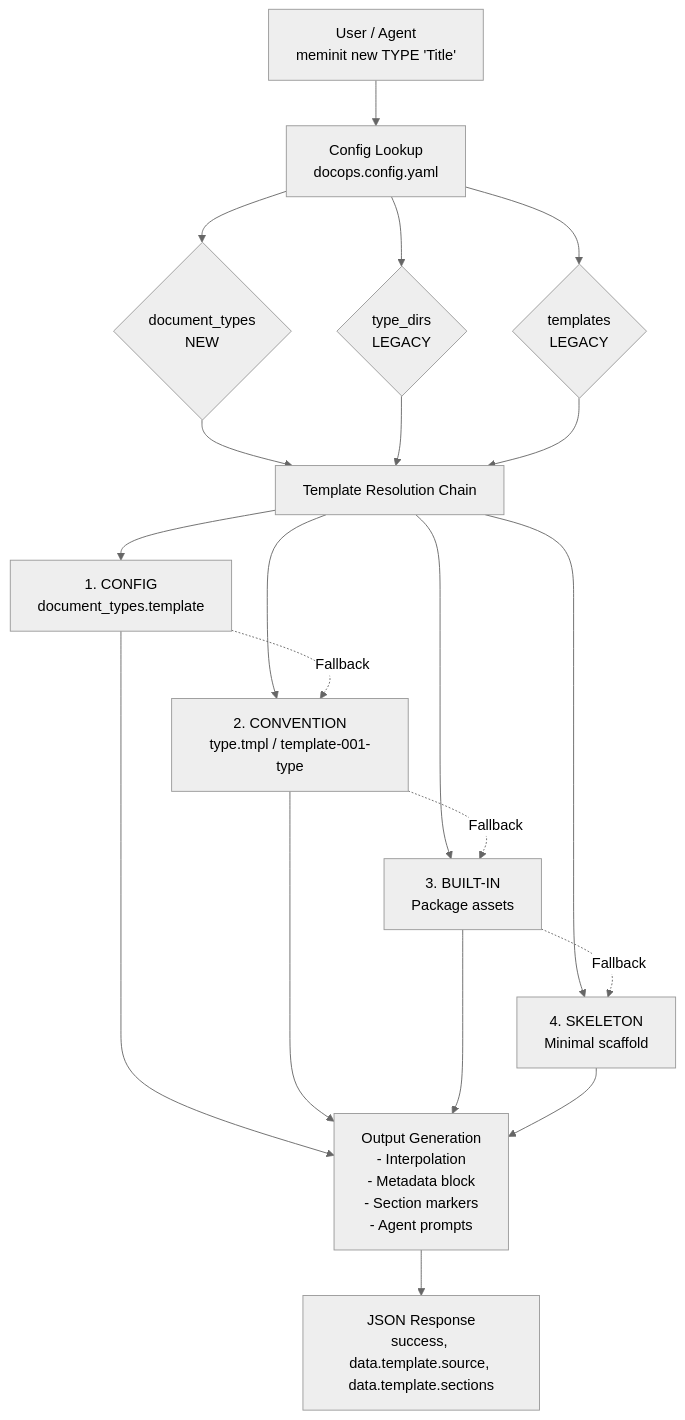
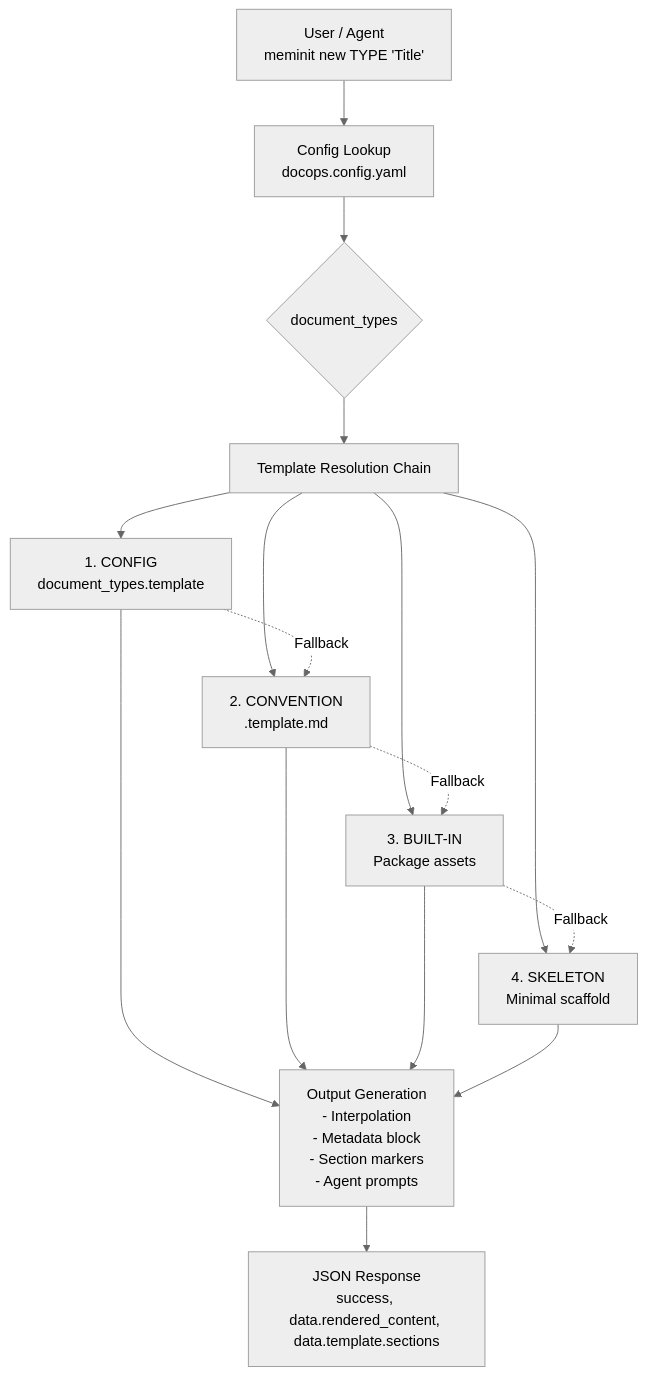
The first of 6 diagrams in docs/10-prd/prd-006-document-templates.md (GitCmurf/meminit), drawn with Mermaid (neutral theme) before and after one commit. The commit also changed other lines of this file and 1 other file, not shown here.

Commit message:
fix: code review comments; prep: prd-006 for doc templates

````diff
--- a/docs/10-prd/prd-006-document-templates.md
+++ b/docs/10-prd/prd-006-document-templates.md
@@ -194,27 +200,23 @@
 ```mermaid
 graph TD
     A[User / Agent<br>meminit new TYPE 'Title'] --> B[Config Lookup<br>docops.config.yaml]
-    B --> C{document_types<br>NEW}
-    B --> D{type_dirs<br>LEGACY}
-    B --> E{templates<br>LEGACY}
+    B --> C{document_types}
 
     C --> F[Template Resolution Chain]
-    D --> F
-    E --> F
 
     F --> G[1. CONFIG<br>document_types.template]
-    F --> H[2. CONVENTION<br>type.tmpl / template-001-type]
+    F --> H[2. CONVENTION<br><type>.template.md]
     F --> I[3. BUILT-IN<br>Package assets]
     F --> J[4. SKELETON<br>Minimal scaffold]
 
     G -.->|Fallback| H
     H -.->|Fallback| I
     I -.->|Fallback| J
 
     G --> K[Output Generation<br>- Interpolation<br>- Metadata block<br>- Section markers<br>- Agent prompts]
     H --> K
     I --> K
     J --> K
 
-    K --> L[JSON Response<br>success, data.template.source, data.template.sections]
+    K --> L[JSON Response<br>success, data.rendered_content, data.template.sections]
 ```
````
